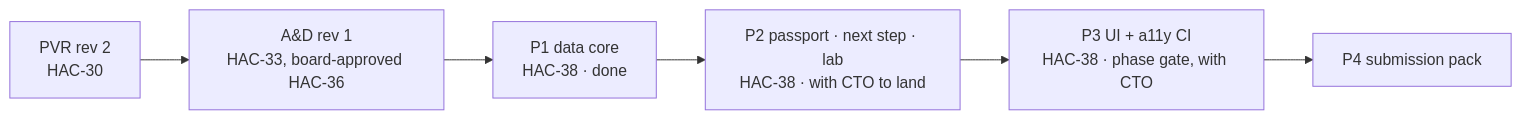
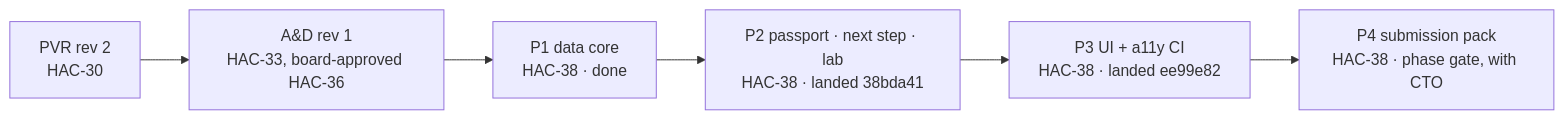
One commit to Syntropy-Health/longevity-memory-sdk changed the diagram in docs/hacp/index.md. Above: the diagram before and after it, drawn with Mermaid. The commit also changed other lines of this file and 2 other files, not shown here.

First line of the commit message:
TASK-HAC-38 - daypart/worktree-agent for matt-mo: P4 phase docs: dev doc QG, residual risk, rollback and release note; HACP index (P2/P3 landed, P4 at gate, G30); Paperclip pointers in context.json

````diff
--- a/docs/hacp/index.md
+++ b/docs/hacp/index.md
@@ -3,4 +3,4 @@
 ```mermaid
 flowchart LR
-  PVR[PVR rev 2<br/>HAC-30] --> AD[A&D rev 1<br/>HAC-33, board-approved HAC-36] --> P1[P1 data core<br/>HAC-38 · done] --> P2[P2 passport · next step · lab<br/>HAC-38 · with CTO to land] --> P3[P3 UI + a11y CI<br/>HAC-38 · phase gate, with CTO] --> P4[P4 submission pack]
+  PVR[PVR rev 2<br/>HAC-30] --> AD[A&D rev 1<br/>HAC-33, board-approved HAC-36] --> P1[P1 data core<br/>HAC-38 · done] --> P2[P2 passport · next step · lab<br/>HAC-38 · landed 38bda41] --> P3[P3 UI + a11y CI<br/>HAC-38 · landed ee99e82] --> P4[P4 submission pack<br/>HAC-38 · phase gate, with CTO]
 ```
````
